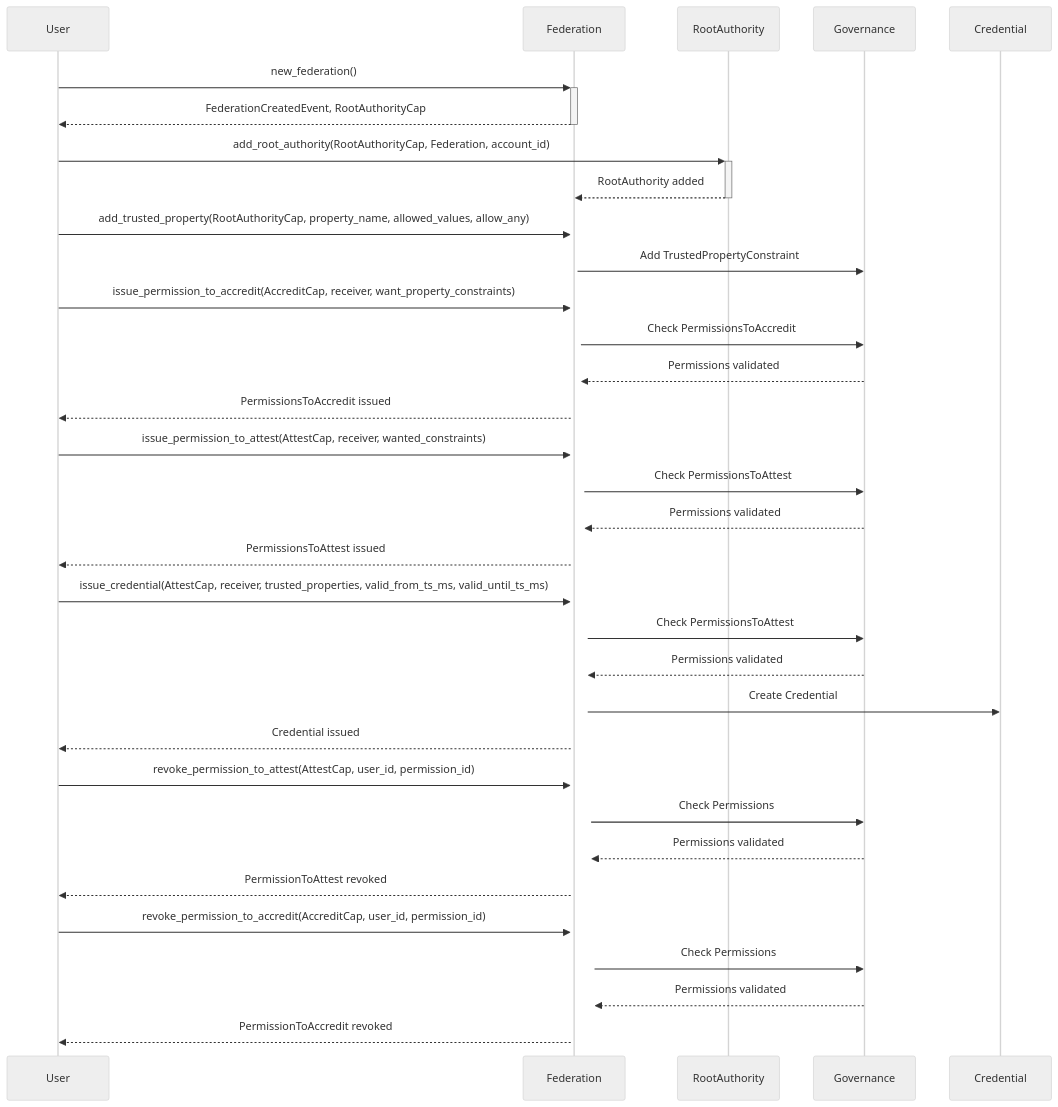
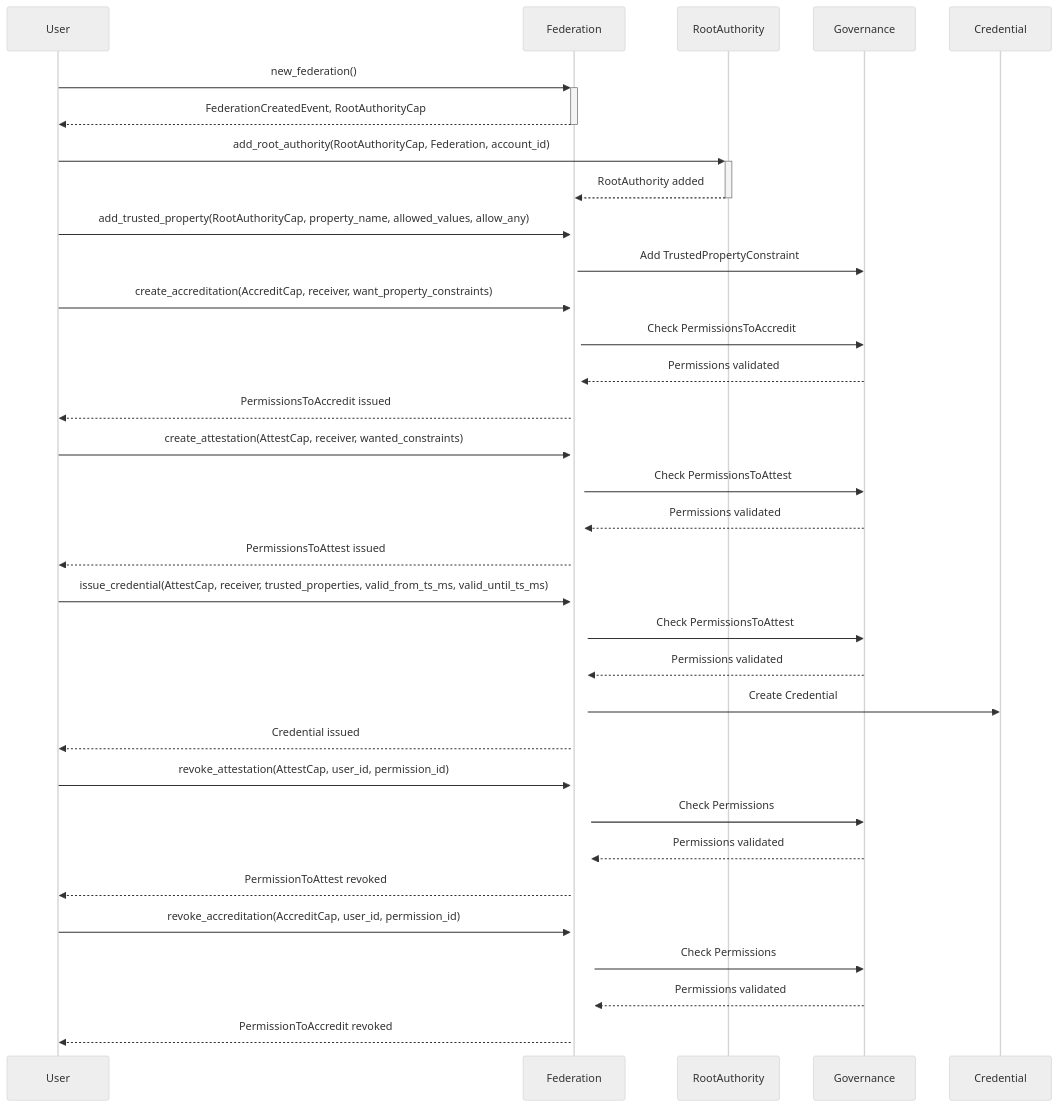
The first of 2 diagrams in README.MD (iotaledger/hierarchies), drawn with Mermaid (neutral theme) before and after one commit. The commit also changed other lines of this file and 24 other files, not shown here.

````diff
--- a/README.MD
+++ b/README.MD
@@ -131,44 +131,44 @@
 ```mermaid
 sequenceDiagram
     participant User
     participant Federation
     participant RootAuthority
     participant Governance
     participant Credential
 
     User->>+Federation: new_federation()
     Federation-->>-User: FederationCreatedEvent, RootAuthorityCap
 
     User->>+RootAuthority: add_root_authority(RootAuthorityCap, Federation, account_id)
     RootAuthority-->>-Federation: RootAuthority added
 
     User->>+Federation: add_trusted_property(RootAuthorityCap, property_name, allowed_values, allow_any)
     Federation->>Governance: Add TrustedPropertyConstraint
 
-    User->>+Federation: issue_permission_to_accredit(AccreditCap, receiver, want_property_constraints)
+    User->>+Federation: create_accreditation(AccreditCap, receiver, want_property_constraints)
     Federation->>Governance: Check PermissionsToAccredit
     Governance-->>Federation: Permissions validated
     Federation-->>User: PermissionsToAccredit issued
 
-    User->>+Federation: issue_permission_to_attest(AttestCap, receiver, wanted_constraints)
+    User->>+Federation: create_attestation(AttestCap, receiver, wanted_constraints)
     Federation->>Governance: Check PermissionsToAttest
     Governance-->>Federation: Permissions validated
     Federation-->>User: PermissionsToAttest issued
 
     User->>+Federation: issue_credential(AttestCap, receiver, trusted_properties, valid_from_ts_ms, valid_until_ts_ms)
     Federation->>Governance: Check PermissionsToAttest
     Governance-->>Federation: Permissions validated
     Federation->>Credential: Create Credential
     Federation-->>User: Credential issued
 
-    User->>+Federation: revoke_permission_to_attest(AttestCap, user_id, permission_id)
+    User->>+Federation: revoke_attestation(AttestCap, user_id, permission_id)
     Federation->>Governance: Check Permissions
     Governance-->>Federation: Permissions validated
     Federation-->>User: PermissionToAttest revoked
 
-    User->>+Federation: revoke_permission_to_accredit(AccreditCap, user_id, permission_id)
+    User->>+Federation: revoke_accreditation(AccreditCap, user_id, permission_id)
     Federation->>Governance: Check Permissions
     Governance-->>Federation: Permissions validated
     Federation-->>User: PermissionToAccredit revoked
 
 ```
````
